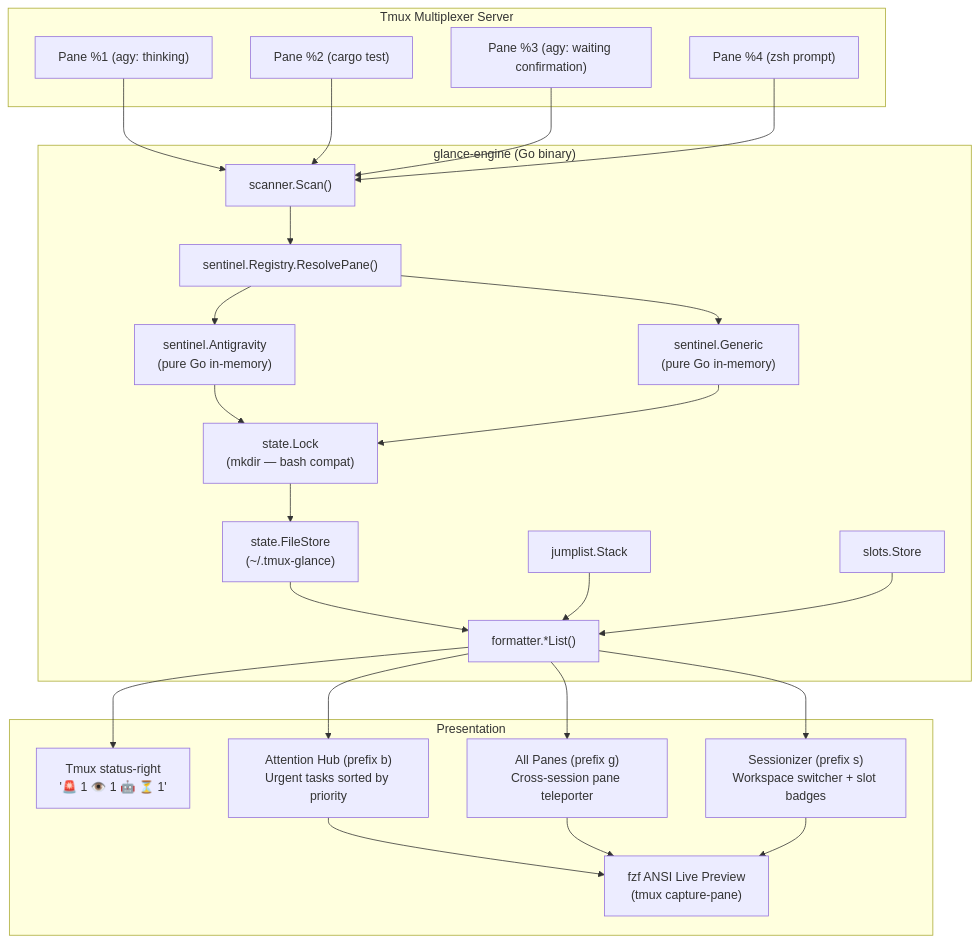
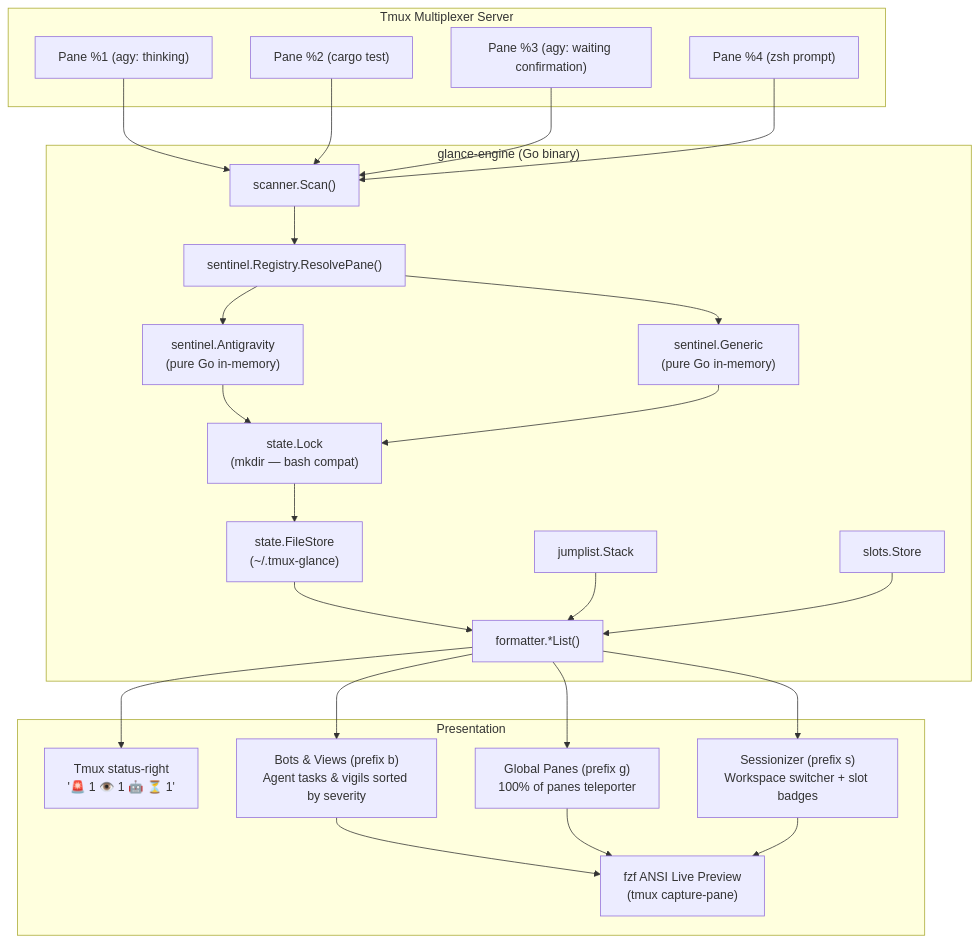
The diagram in DESIGN.md (mhutchinson/tmux-glance), drawn with Mermaid before and after one commit. The commit also changed other lines of this file and 8 other files, not shown here.

First line of the commit message:
feat: refactor prefix-g to true global panes and prefix-b to bots & views

````diff
--- a/DESIGN.md
+++ b/DESIGN.md
@@ -68,44 +68,44 @@
 ```mermaid
 flowchart TD
     subgraph Tmux Multiplexer Server
         P1["Pane %1 (agy: thinking)"]
         P2["Pane %2 (cargo test)"]
         P3["Pane %3 (agy: waiting confirmation)"]
         P4["Pane %4 (zsh prompt)"]
     end
 
     subgraph glance-engine ["glance-engine (Go binary)"]
         Scan["scanner.Scan()"]
         Router["sentinel.Registry.ResolvePane()"]
         S_AGY["sentinel.Antigravity\n(pure Go in-memory)"]
         S_GEN["sentinel.Generic\n(pure Go in-memory)"]
         Lock["state.Lock\n(mkdir — bash compat)"]
         State["state.FileStore\n(~/.tmux-glance)"]
         JL["jumplist.Stack"]
         Slots["slots.Store"]
         Fmt["formatter.*List()"]
     end
 
     subgraph Presentation
         Status["Tmux status-right\n'🚨 1  👁️ 1  🤖 ⏳ 1'"]
-        Hub["Attention Hub (prefix b)\nUrgent tasks sorted by priority"]
-        Fleet["All Panes (prefix g)\nCross-session pane teleporter"]
+        Hub["Bots & Views (prefix b)\nAgent tasks & vigils sorted by severity"]
+        Fleet["Global Panes (prefix g)\n100% of panes teleporter"]
         Sessions["Sessionizer (prefix s)\nWorkspace switcher + slot badges"]
         Preview["fzf ANSI Live Preview\n(tmux capture-pane)"]
     end
 
     P1 & P2 & P3 & P4 --> Scan
     Scan --> Router
     Router --> S_AGY
     Router --> S_GEN
     S_AGY & S_GEN --> Lock
     Lock --> State
     State --> Fmt
     Fmt --> Status
     Fmt --> Hub
     Fmt --> Fleet
     Fmt --> Sessions
     JL --> Fmt
     Slots --> Fmt
     Hub & Fleet & Sessions --> Preview
 ```
````
